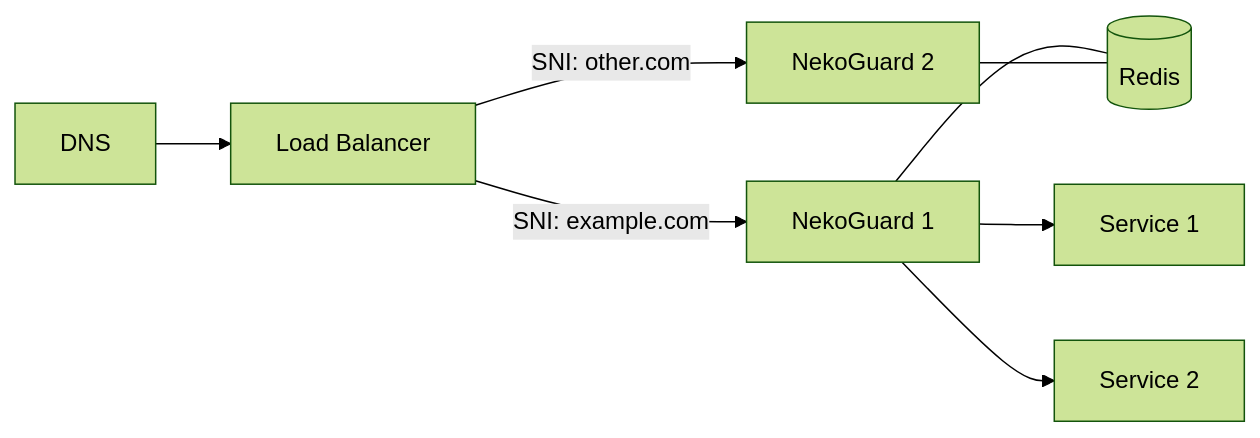
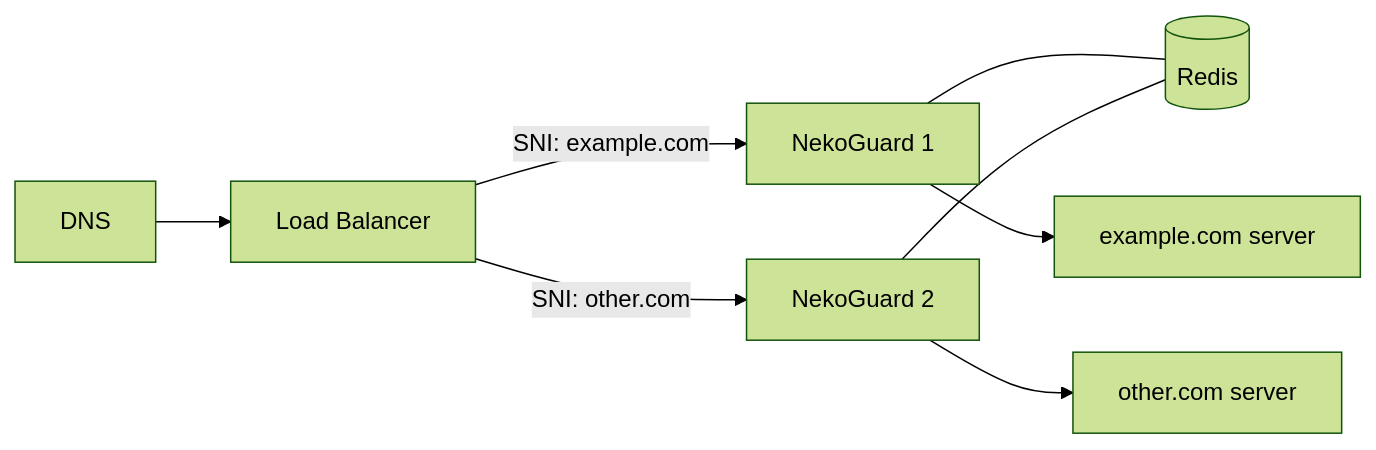
Before and after one commit to rawnullbyte/NekoGuard: the second of 2 diagrams in README.md, drawn with Mermaid (forest theme). The commit also changed other lines of this file and 2 other files, not shown here.

````diff
--- a/README.md
+++ b/README.md
@@ -203,10 +201,10 @@
 ```mermaid
 flowchart LR
     DNS[DNS] --> LB[Load Balancer]
     LB -->|SNI: example.com| R1[NekoGuard 1]
     LB -->|SNI: other.com| R2[NekoGuard 2]
     R1 --- Redis[(Redis)]
     R2 --- Redis
-    R1 --> S1[Service 1]
-    R1 --> S2[Service 2]
+    R1 --> S1[example.com server]
+    R2 --> S2[other.com server]
 ```
````
